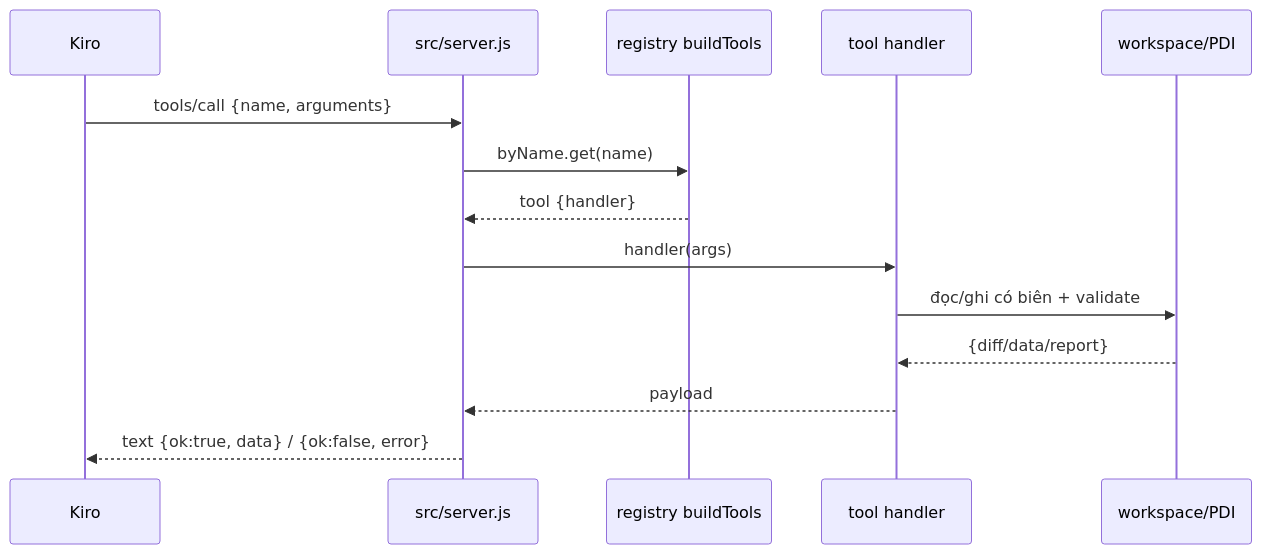
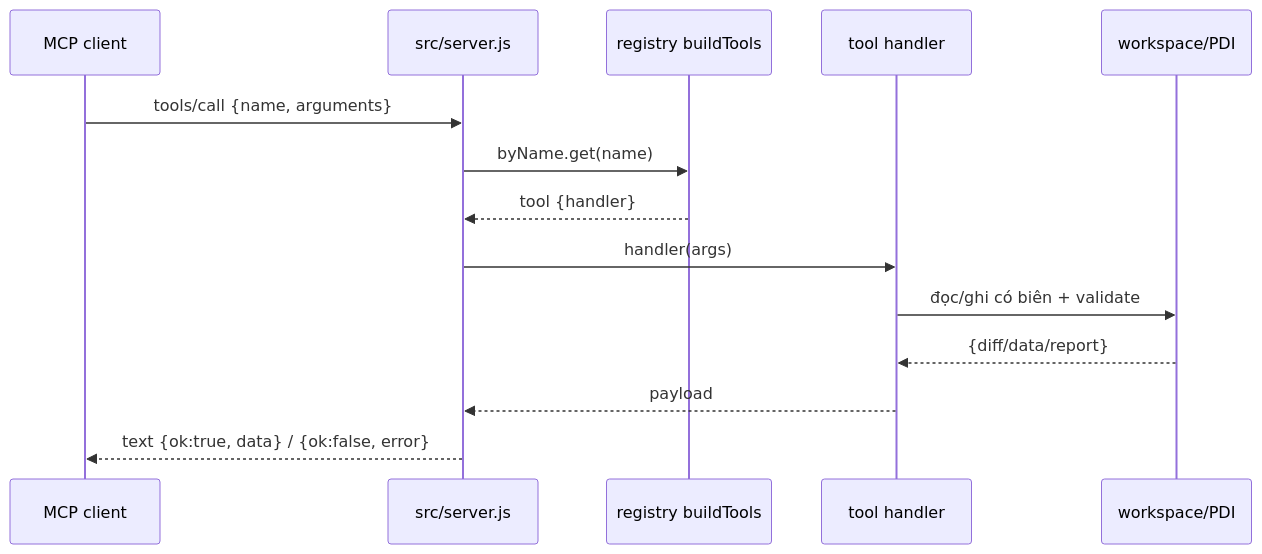
Before and after one commit to TumRoyall/pentaho-mcp-server: the third of 3 diagrams in docs/architecture.md, drawn with Mermaid. The commit also changed other lines of this file and 11 other files, not shown here.

````diff
--- a/docs/architecture.md
+++ b/docs/architecture.md
@@ -77,16 +81,16 @@
 ```mermaid
 sequenceDiagram
-    participant Kiro as Kiro
+    participant Client as MCP client
     participant S as src/server.js
     participant R as registry buildTools
     participant H as tool handler
     participant W as workspace/PDI
-    Kiro->>S: tools/call {name, arguments}
+    Client->>S: tools/call {name, arguments}
     S->>R: byName.get(name)
     R-->>S: tool {handler}
     S->>H: handler(args)
     H->>W: đọc/ghi có biên + validate
     W-->>H: {diff/data/report}
     H-->>S: payload
-    S-->>Kiro: text {ok:true, data} / {ok:false, error}
+    S-->>Client: text {ok:true, data} / {ok:false, error}
 ```
````
